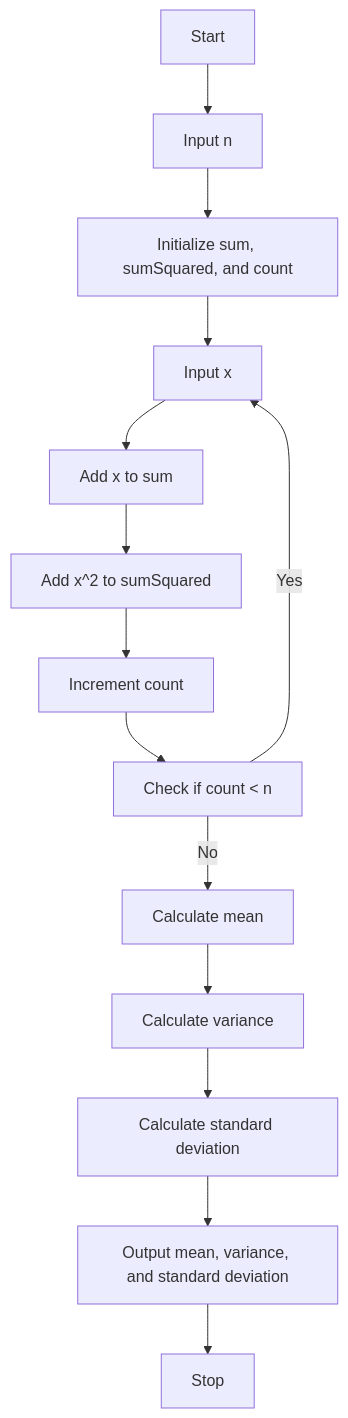
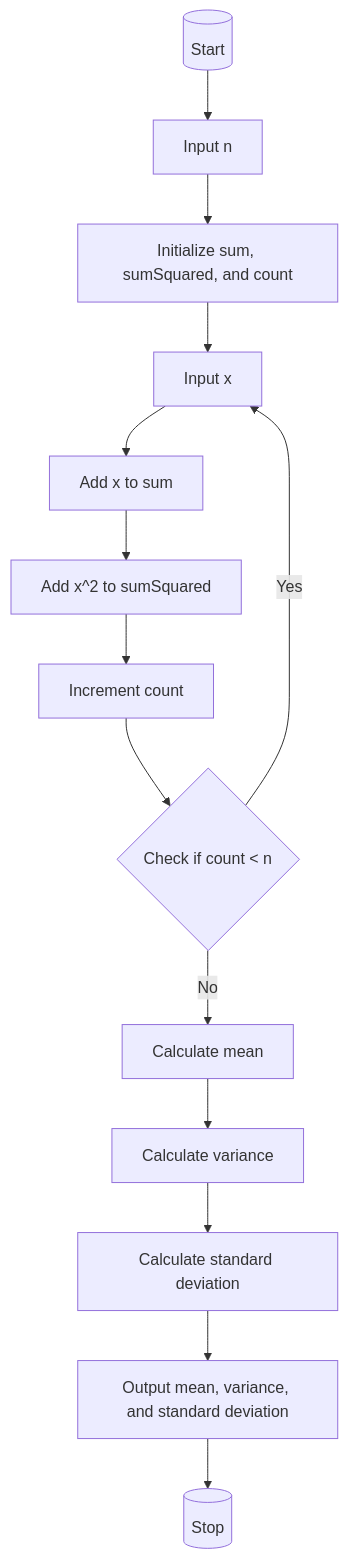
The diagram in readme.md (Robelermiyas/mermain-practicies), drawn with Mermaid before and after one commit.

````diff
--- a/readme.md
+++ b/readme.md
@@ -1,17 +1,17 @@
 ```mermaid
 graph TD;
-    A[Start] --> B[Input n]
+    A[(Start)] --> B[Input n]
     B --> C[Initialize sum, sumSquared, and count]
     C --> D[Input x]
     D --> E[Add x to sum]
     E --> F[Add x^2 to sumSquared]
     F --> G[Increment count]
-    G --> H[Check if count < n]
+    G --> H{Check if count < n}
     H -- Yes --> D
     H -- No --> I[Calculate mean]
     I --> J[Calculate variance]
     J --> K[Calculate standard deviation]
     K --> L[Output mean, variance, and standard deviation]
-    L --> M[Stop]
+    L --> M[(Stop)]
 
 ```
````
